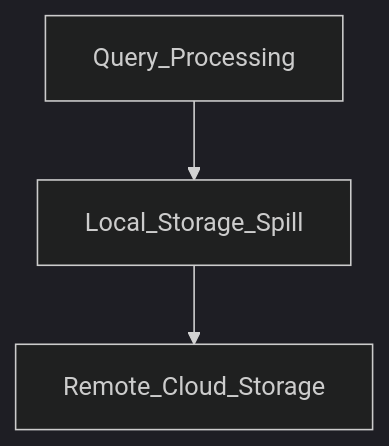
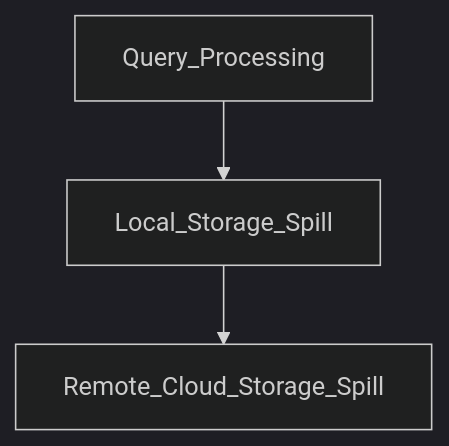
One commit to Shidhin-VP/Guides changed the diagram in Snowflake_Core_Certification/Section9_Performance_Concepts/keyPoints.md. Above: the diagram before and after it, drawn with Mermaid (dark theme).

Commit message:
Udpated Key Points Section 9

````diff
--- a/Snowflake_Core_Certification/Section9_Performance_Concepts/keyPoints.md
+++ b/Snowflake_Core_Certification/Section9_Performance_Concepts/keyPoints.md
@@ -21,5 +21,5 @@
     ```mermaid
         graph TD;
             Query_Processing-->Local_Storage_Spill; 
-            Local_Storage_Spill-->Remote_Cloud_Storage;
+            Local_Storage_Spill-->Remote_Cloud_Storage_Spill;
     ```
````
